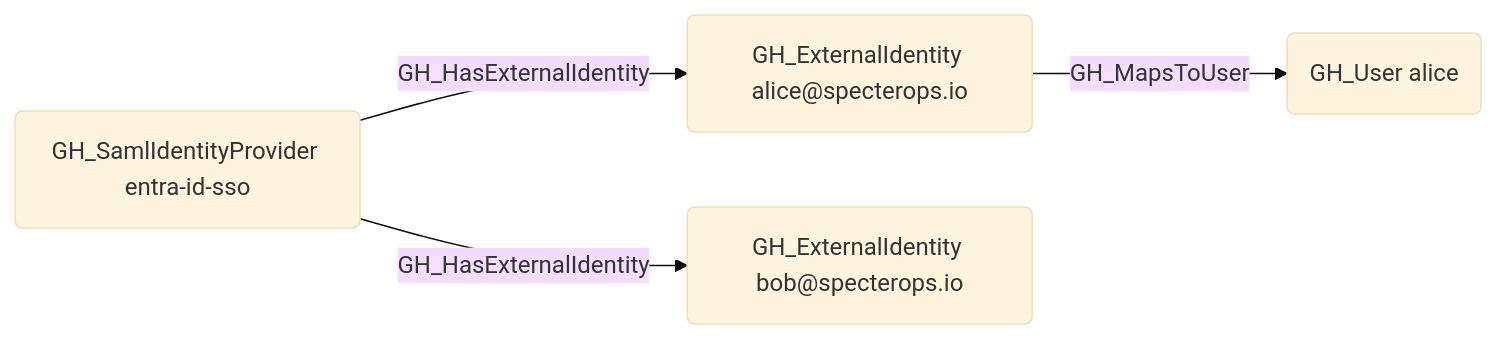
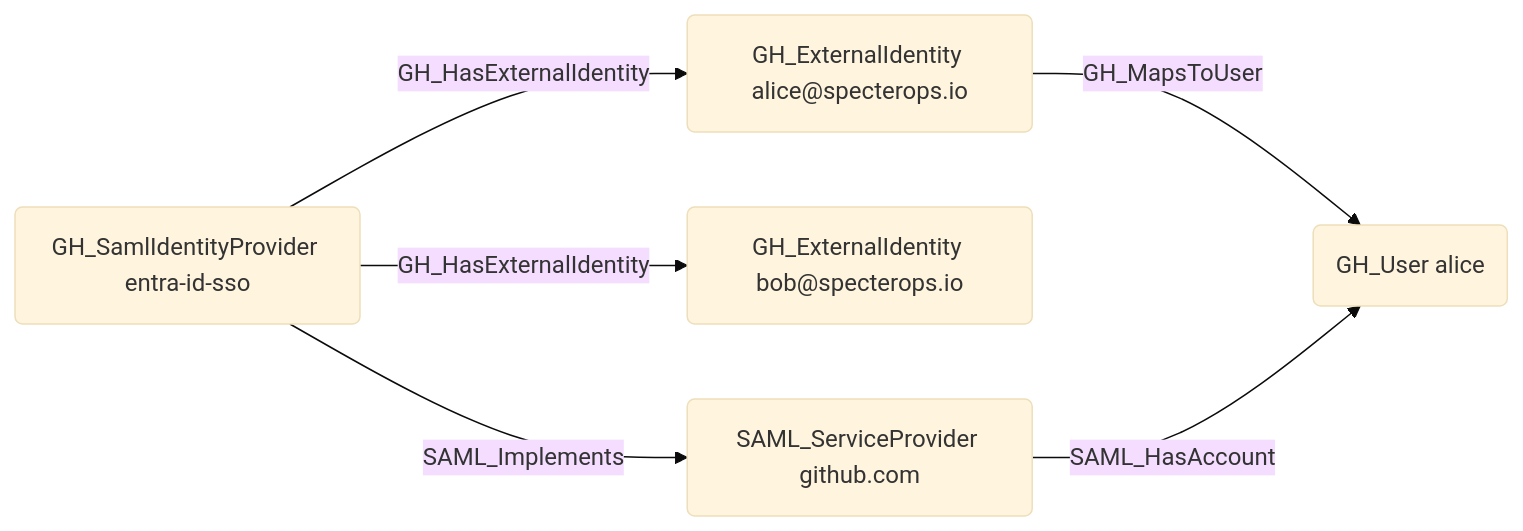
One commit to SpecterOps/GitHound changed the diagram in Documentation/EdgeDescriptions/GH_HasExternalIdentity.md. Above: the diagram before and after it, drawn with Mermaid (base theme). The commit also changed other lines of this file and 4 other files, not shown here.

First line of the commit message:
feat: add normalized GitHub SAML service provider modeling

````diff
--- a/Documentation/EdgeDescriptions/GH_HasExternalIdentity.md
+++ b/Documentation/EdgeDescriptions/GH_HasExternalIdentity.md
@@ -12,10 +14,13 @@
 ```mermaid
 graph LR
     node1("GH_SamlIdentityProvider entra-id-sso")
     node2("GH_ExternalIdentity alice@specterops.io")
     node3("GH_ExternalIdentity bob@specterops.io")
     node4("GH_User alice")
+    node5("SAML_ServiceProvider github.com")
     node1 -- GH_HasExternalIdentity --> node2
     node1 -- GH_HasExternalIdentity --> node3
     node2 -- GH_MapsToUser --> node4
+    node1 -- SAML_Implements --> node5
+    node5 -- SAML_HasAccount --> node4
 ```
````
